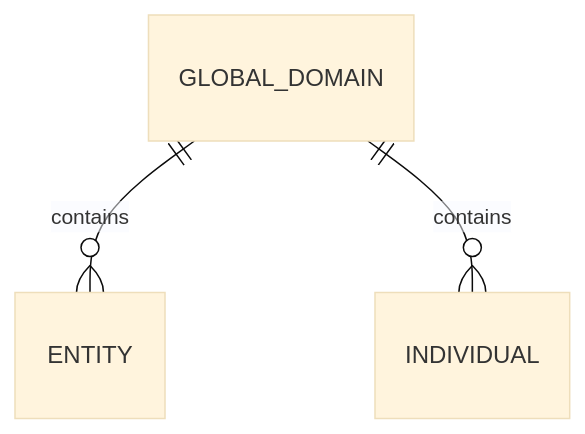
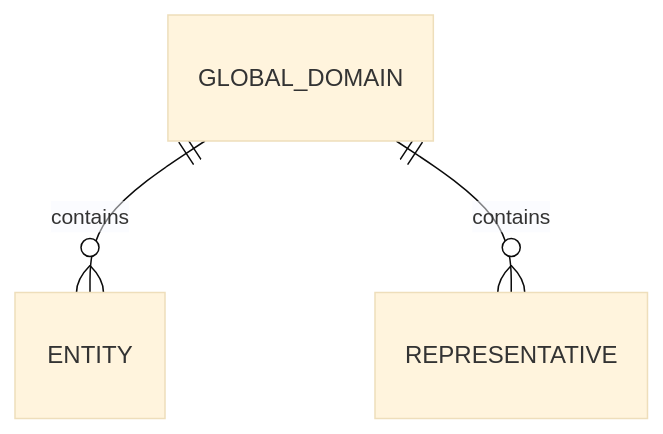
One commit to intuitem/ciso-assistant-community changed the tenth of 10 diagrams in documentation/architecture/data-model.md. Above: the diagram before and after it, drawn with Mermaid (base theme). The commit also changed other lines of this file, not shown here.

````diff
--- a/documentation/architecture/data-model.md
+++ b/documentation/architecture/data-model.md
@@ -1217,5 +1216,5 @@
 ```mermaid
 erDiagram
     GLOBAL_DOMAIN   ||--o{ ENTITY          : contains
-    GLOBAL_DOMAIN   ||--o{ INDIVIDUAL          : contains
+    GLOBAL_DOMAIN   ||--o{ REPRESENTATIVE          : contains
 ```
````
